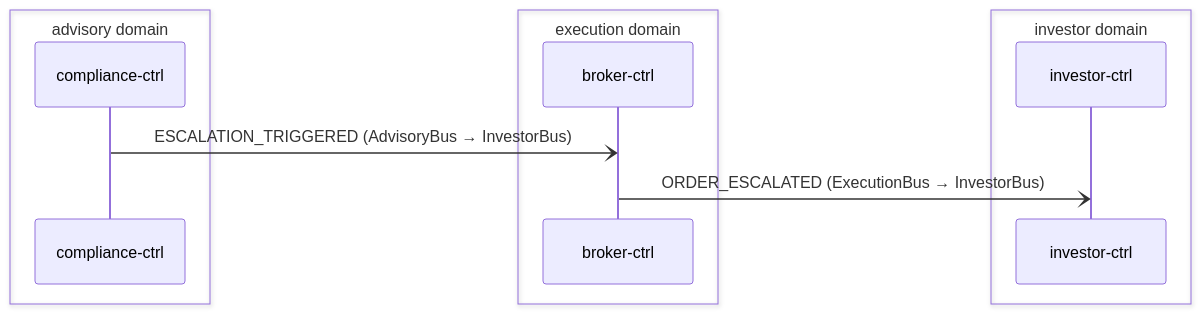
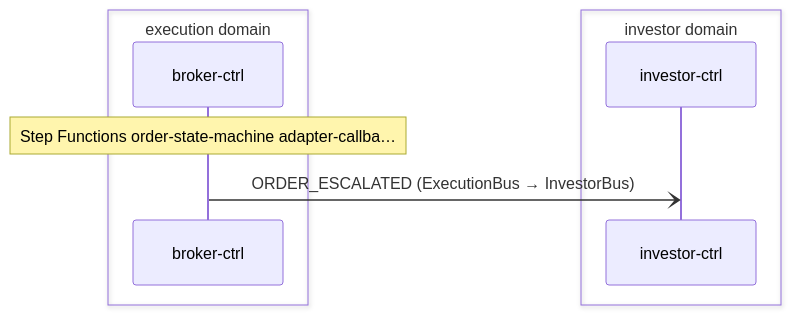
One commit to fabio-vitali/nestfolio changed the second of 2 diagrams in docs/data-flows/incident-escalation.md. Above: the diagram before and after it, drawn with Mermaid. The commit also changed other lines of this file and 2 other files, not shown here.

First line of the commit message:
docs(flows): incident-escalation Path B removed, Path C functional end-to-end

````diff
--- a/docs/data-flows/incident-escalation.md
+++ b/docs/data-flows/incident-escalation.md
@@ -28,14 +24,11 @@
 ```mermaid
 sequenceDiagram
-    box advisory domain
-        participant compliance_ctrl as compliance-ctrl
-    end
     box execution domain
         participant broker_ctrl as broker-ctrl
     end
     box investor domain
         participant investor_ctrl as investor-ctrl
     end
-    compliance_ctrl-)broker_ctrl: ESCALATION_TRIGGERED (AdvisoryBus → InvestorBus)
+    Note over broker_ctrl: Step Functions order-state-machine adapter-callba…
     broker_ctrl-)investor_ctrl: ORDER_ESCALATED (ExecutionBus → InvestorBus)
 ```
````
